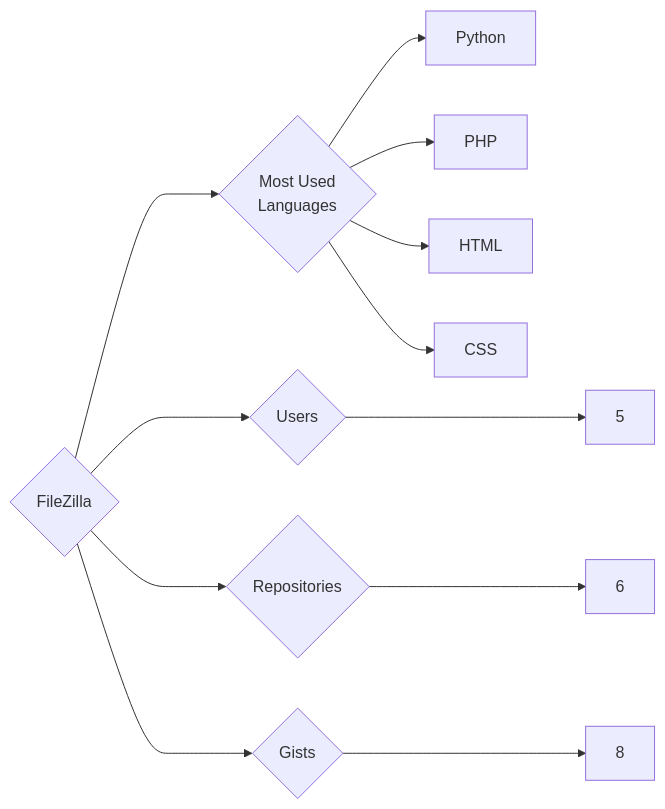
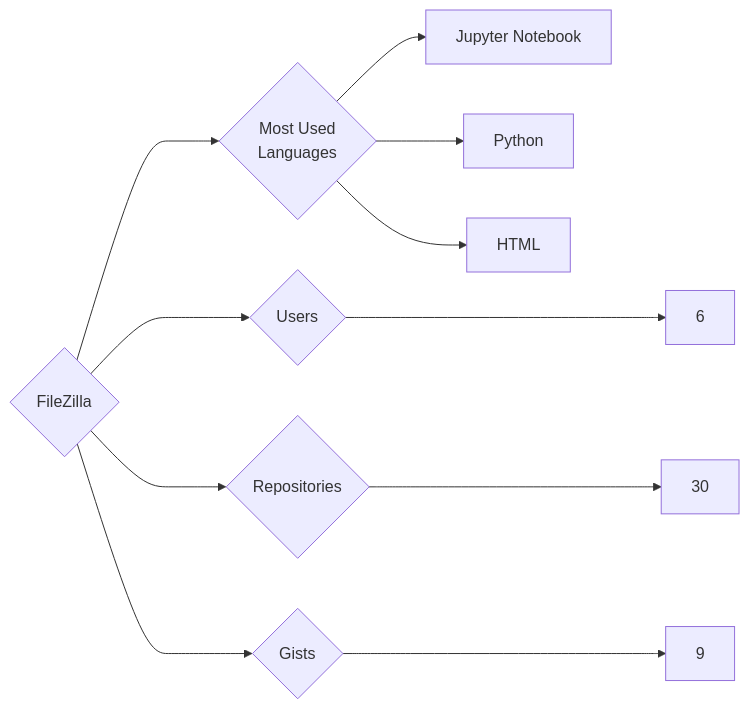
Before and after one commit to trickest/insiders: the diagram in targets/FileZilla/README.md, drawn with Mermaid. The commit also changed 938 other files, not shown here.

````diff
--- a/targets/FileZilla/README.md
+++ b/targets/FileZilla/README.md
@@ -3,12 +3,11 @@
 ```mermaid
 graph LR
 COMPANY_NAME{FileZilla}
-COMPANY_NAME ---> U{Users} ---> UN[5]
-COMPANY_NAME ---> R{Repositories} ---> RN[6]
-COMPANY_NAME ---> G{Gists} ---> GN[8]
+COMPANY_NAME ---> U{Users} ---> UN[6]
+COMPANY_NAME ---> R{Repositories} ---> RN[30]
+COMPANY_NAME ---> G{Gists} ---> GN[9]
 COMPANY_NAME ---> ML{Most Used<br>Languages}
+ML --> Jupyter_Notebook[Jupyter Notebook]
 ML --> Python[Python]
-ML --> PHP[PHP]
 ML --> HTML[HTML]
-ML --> CSS[CSS]
 ```
````
